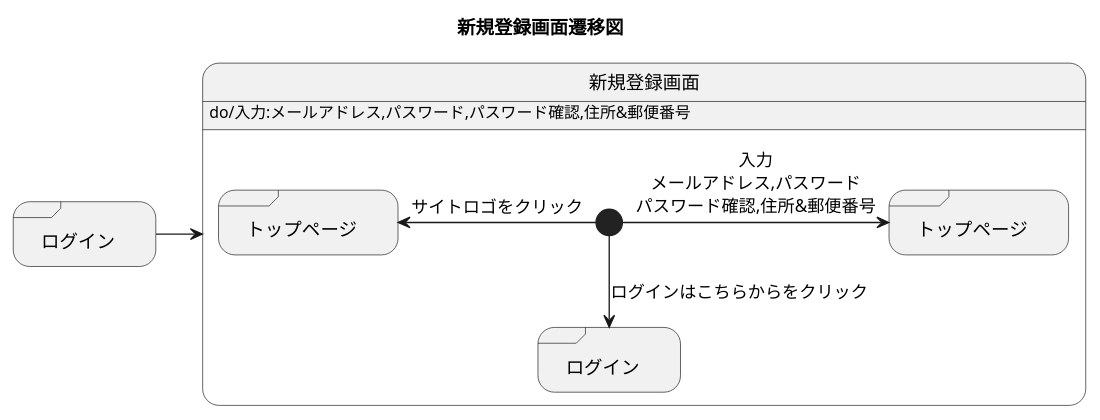
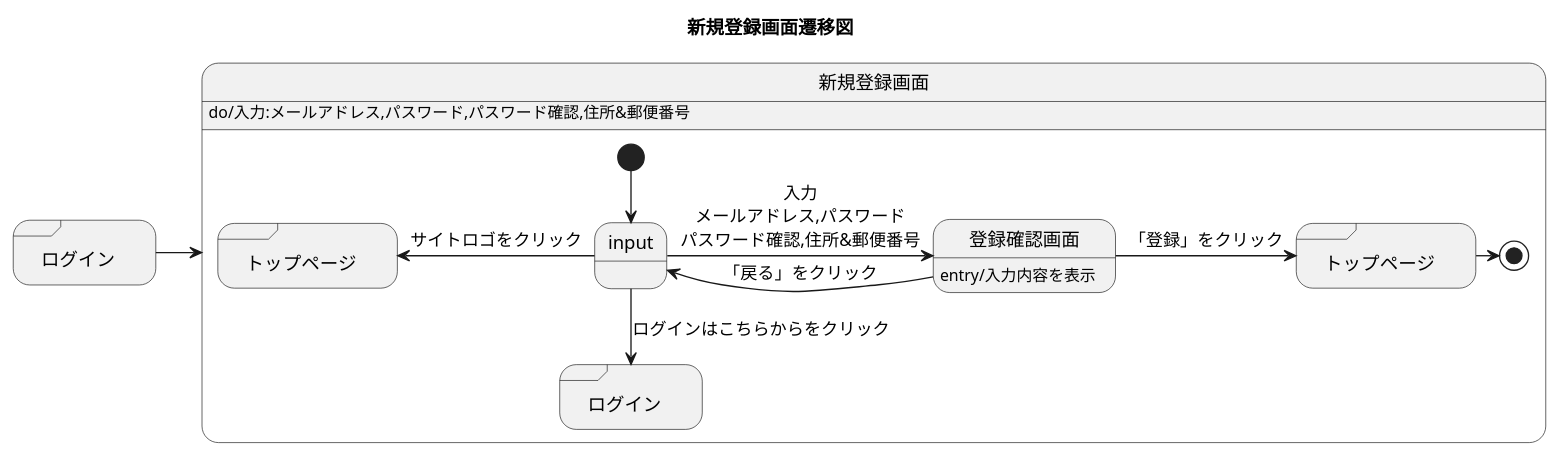
The diagram in 新規登録画面.md (akutori/T-D-E), drawn with PlantUML before and after one commit.

Commit message:
分岐点を追加 それに伴い遷移先を調整

````diff
--- a/新規登録画面.md
+++ b/新規登録画面.md
@@ -1,16 +1,23 @@
 ```uml
 @startuml
 title 新規登録画面遷移図
 state 新規登録画面 : do/入力:メールアドレス,パスワード,パスワード確認,住所&郵便番号
 state "ログイン" as rogin1<<sdlreceive>>
 rogin1 -> 新規登録画面
 state 新規登録画面{
     state "トップページ" as main<<sdlreceive>>
     state "トップページ" as main1<<sdlreceive>>
     state "ログイン" as rogin<<sdlreceive>>
-    [*]-left->main : サイトロゴをクリック
-    [*]-> main1 : 入力\nメールアドレス,パスワード\nパスワード確認,住所&郵便番号
-    [*]--> rogin : ログインはこちらからをクリック   
+    state input <<choise>>
+    state 登録確認画面:entry/入力内容を表示
+    [*]-->input
+    input-left->main : サイトロゴをクリック
+    input->登録確認画面 : 入力\nメールアドレス,パスワード\nパスワード確認,住所&郵便番号
+    登録確認画面-> main1 : 「登録」をクリック
+    登録確認画面->input : 「戻る」をクリック
+    main1 -> [*]
+
+    input--> rogin : ログインはこちらからをクリック   
 }
 @enduml
 ```
````
